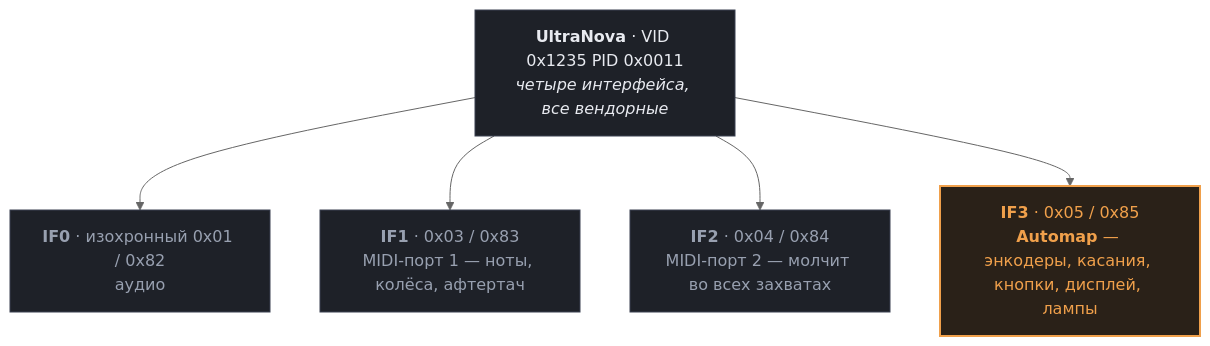
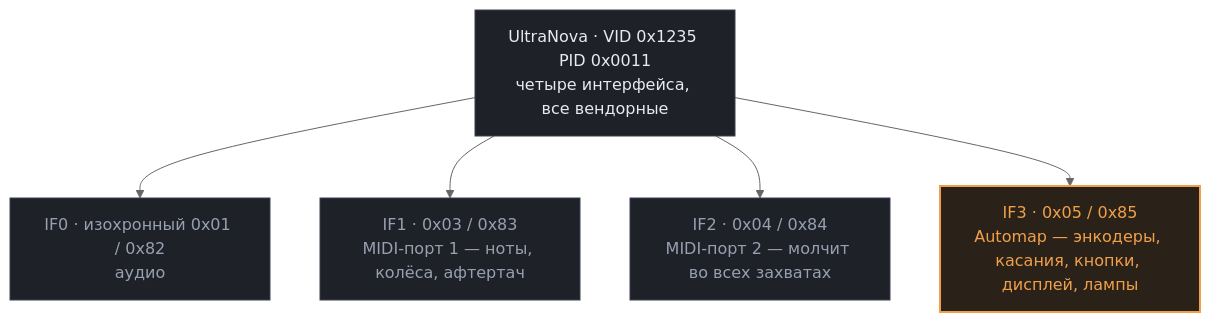
Before and after one commit to Alex-Electron/UltraNovaCtl: the second of 3 diagrams in README.ru.md, drawn with Mermaid (neutral theme). The commit also changed other lines of this file and 1 other file, not shown here.

Commit message:
README: drop HTML tags from mermaid labels - GitHub renders with htmlLabels off

````diff
--- a/README.ru.md
+++ b/README.ru.md
@@ -156,15 +156,15 @@
 ```mermaid
 flowchart TB
-    U["<b>UltraNova</b> · VID 0x1235 PID 0x0011<br/><i>четыре интерфейса, все вендорные</i>"]
-    U --> I0["<b>IF0</b> · изохронный 0x01 / 0x82<br/>аудио"]
-    U --> I1["<b>IF1</b> · 0x03 / 0x83<br/>MIDI-порт 1 — ноты, колёса, афтертач"]
-    U --> I2["<b>IF2</b> · 0x04 / 0x84<br/>MIDI-порт 2 — молчит во всех захватах"]
-    U --> I3["<b>IF3</b> · 0x05 / 0x85<br/><b>Automap</b> — энкодеры, касания, кнопки, дисплей, лампы"]
+    U["UltraNova · VID 0x1235 PID 0x0011<br/>четыре интерфейса, все вендорные"]
+    U --> I0["IF0 · изохронный 0x01 / 0x82<br/>аудио"]
+    U --> I1["IF1 · 0x03 / 0x83<br/>MIDI-порт 1 — ноты, колёса, афтертач"]
+    U --> I2["IF2 · 0x04 / 0x84<br/>MIDI-порт 2 — молчит во всех захватах"]
+    U --> I3["IF3 · 0x05 / 0x85<br/>Automap — энкодеры, касания, кнопки, дисплей, лампы"]
 
     classDef head fill:#1e2128,stroke:#3a4050,color:#e8eaf0
     classDef dim  fill:#1e2128,stroke:#3a4050,color:#98a0b0
     classDef hot  fill:#2a2118,stroke:#f0a04b,stroke-width:2px,color:#f0a04b
     class U head
     class I0,I1,I2 dim
     class I3 hot
 ```
````
